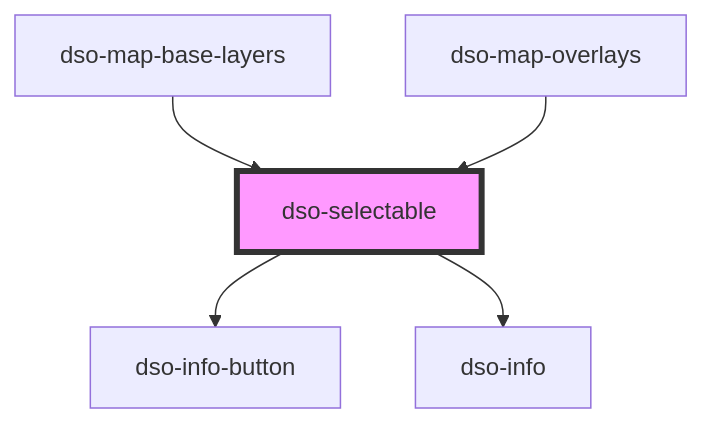
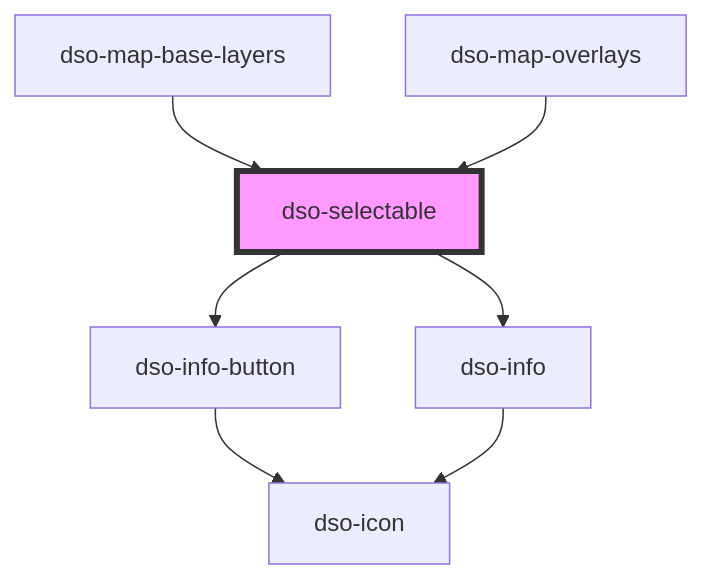
One commit to dso-toolkit/dso-toolkit changed the diagram in packages/core/src/components/selectable/readme.md. Above: the diagram before and after it, drawn with Mermaid. The commit also changed 42 other files, not shown here.

````diff
--- a/packages/core/src/components/selectable/readme.md
+++ b/packages/core/src/components/selectable/readme.md
@@ -58,8 +58,10 @@
 ```mermaid
 graph TD;
   dso-selectable --> dso-info-button
   dso-selectable --> dso-info
+  dso-info-button --> dso-icon
+  dso-info --> dso-icon
   dso-map-base-layers --> dso-selectable
   dso-map-overlays --> dso-selectable
   style dso-selectable fill:#f9f,stroke:#333,stroke-width:4px
 ```
````
